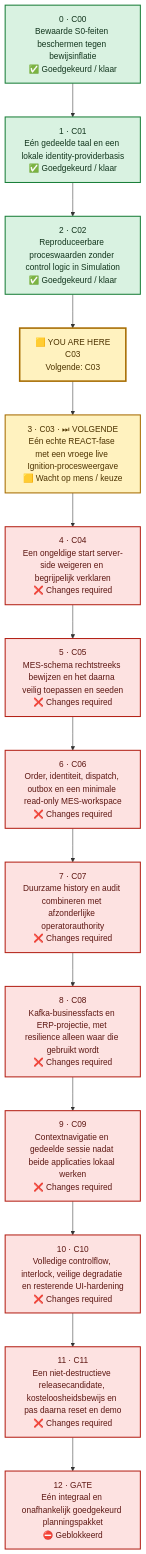
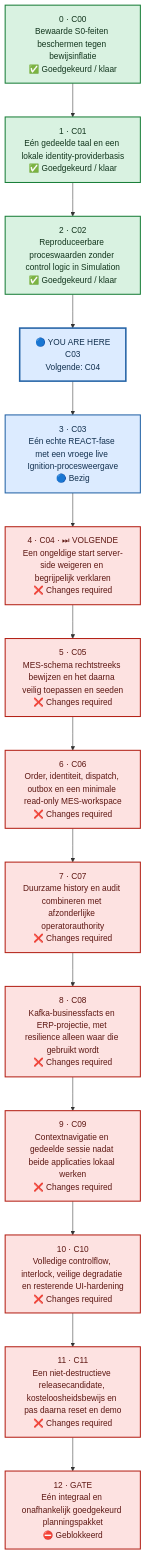
Before and after one commit to Jandesch91/n1-bioforge-requirements-cockpit: the second of 2 diagrams in README.md, drawn with Mermaid. The commit also changed other lines of this file and 4 other files, not shown here.

````diff
--- a/README.md
+++ b/README.md
@@ -50,41 +50,41 @@
 ```mermaid
 %%{init: {"flowchart": {"curve": "linear", "nodeSpacing": 55, "rankSpacing": 65, "htmlLabels": true}}}%%
 flowchart TB
     %% One vertical lane: order is explicit and no dependency arrows cross.
     chunk_0["0 · C00<br/>Bewaarde S0-feiten beschermen tegen bewijsinflatie<br/>✅ Goedgekeurd / klaar"]
     chunk_1["1 · C01<br/>Eén gedeelde taal en een lokale identity-providerbasis<br/>✅ Goedgekeurd / klaar"]
     chunk_2["2 · C02<br/>Reproduceerbare proceswaarden zonder control logic in Simulation<br/>✅ Goedgekeurd / klaar"]
-    chunk_3["3 · C03 · ⏭ VOLGENDE<br/>Eén echte REACT-fase met een vroege live Ignition-procesweergave<br/>🟨 Wacht op mens / keuze"]
-    chunk_4["4 · C04<br/>Een ongeldige start server-side weigeren en begrijpelijk verklaren<br/>❌ Changes required"]
+    chunk_3["3 · C03<br/>Eén echte REACT-fase met een vroege live Ignition-procesweergave<br/>🔵 Bezig"]
+    chunk_4["4 · C04 · ⏭ VOLGENDE<br/>Een ongeldige start server-side weigeren en begrijpelijk verklaren<br/>❌ Changes required"]
     chunk_5["5 · C05<br/>MES-schema rechtstreeks bewijzen en het daarna veilig toepassen en seeden<br/>❌ Changes required"]
     chunk_6["6 · C06<br/>Order, identiteit, dispatch, outbox en een minimale read-only MES-workspace<br/>❌ Changes required"]
     chunk_7["7 · C07<br/>Duurzame history en audit combineren met afzonderlijke operatorauthority<br/>❌ Changes required"]
     chunk_8["8 · C08<br/>Kafka-businessfacts en ERP-projectie, met resilience alleen waar die gebruikt wordt<br/>❌ Changes required"]
     chunk_9["9 · C09<br/>Contextnavigatie en gedeelde sessie nadat beide applicaties lokaal werken<br/>❌ Changes required"]
     chunk_10["10 · C10<br/>Volledige controlflow, interlock, veilige degradatie en resterende UI-hardening<br/>❌ Changes required"]
     chunk_11["11 · C11<br/>Een niet-destructieve releasecandidate, kosteloosheidsbewijs en pas daarna reset en demo<br/>❌ Changes required"]
     chunk_12["12 · GATE<br/>Eén integraal en onafhankelijk goedgekeurd planningspakket<br/>⛔ Geblokkeerd"]
-    current_marker["🟨 YOU ARE HERE<br/>C03<br/>Volgende: C03"]
+    current_marker["🔵 YOU ARE HERE<br/>C03<br/>Volgende: C04"]
     chunk_0 --> chunk_1 --> chunk_2 --> current_marker --> chunk_3 --> chunk_4 --> chunk_5 --> chunk_6 --> chunk_7 --> chunk_8 --> chunk_9 --> chunk_10 --> chunk_11 --> chunk_12
     classDef approved fill:#D9F2E1,stroke:#1B7F3A,color:#12351D,stroke-width:2px
     classDef inprogress fill:#DCEBFF,stroke:#2463A6,color:#12304F,stroke-width:2px
     classDef human fill:#FFF2BF,stroke:#A66B00,color:#4D3300,stroke-width:2px
     classDef changes fill:#FDE2E1,stroke:#B42318,color:#5D1712,stroke-width:2px
     classDef blocked fill:#FDE2E1,stroke:#B42318,color:#5D1712,stroke-width:2px
     classDef notstarted fill:#F2F4F7,stroke:#667085,color:#344054,stroke-width:2px
-    classDef current fill:#FFF2BF,stroke:#A66B00,color:#4D3300,stroke-width:3px
+    classDef current fill:#DCEBFF,stroke:#2463A6,color:#12304F,stroke-width:3px
     class chunk_0 approved
     class chunk_1 approved
     class chunk_2 approved
-    class chunk_3 human
+    class chunk_3 inprogress
     class chunk_4 changes
     class chunk_5 changes
     class chunk_6 changes
     class chunk_7 changes
     class chunk_8 changes
     class chunk_9 changes
     class chunk_10 changes
     class chunk_11 changes
     class chunk_12 blocked
     class current_marker current
 ```
````
